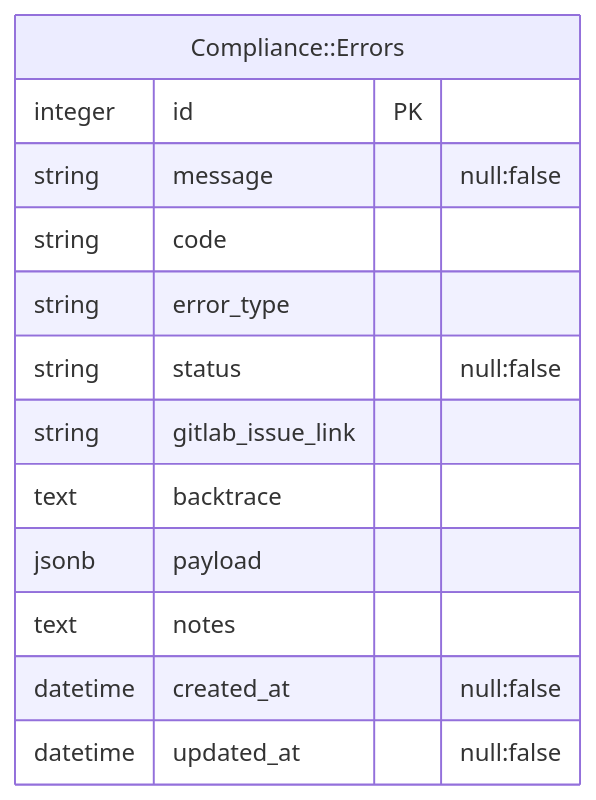
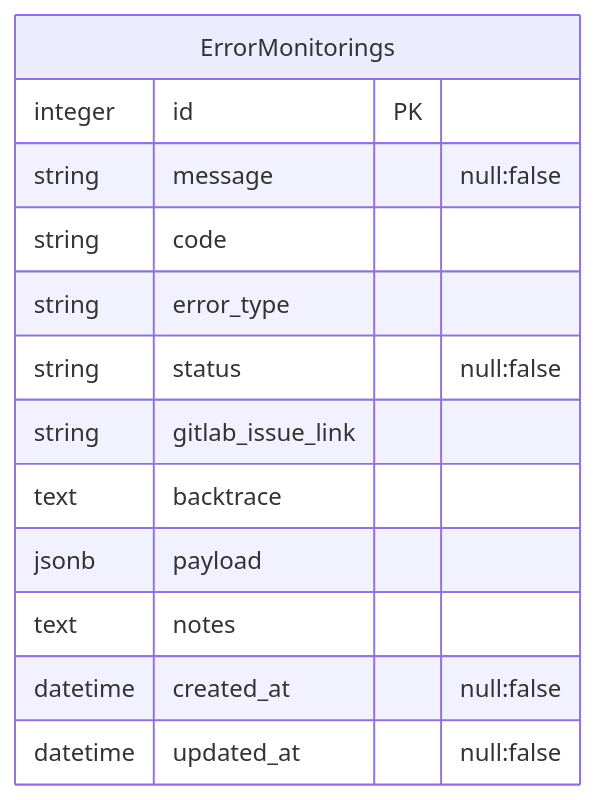
Before and after one commit to secretstartups/handbook: the first of 3 diagrams in content/handbook/engineering/architecture/design-documents/cdot_error_reporting/_index.md, drawn with Mermaid. The commit also changed other lines of this file, not shown here.

Commit message:
Rename table to error_monitorings

````diff
--- a/content/handbook/engineering/architecture/design-documents/cdot_error_reporting/_index.md
+++ b/content/handbook/engineering/architecture/design-documents/cdot_error_reporting/_index.md
@@ -61,17 +61,17 @@
 ```mermaid
 erDiagram
 
-  "Compliance::Errors" {
+  "ErrorMonitorings" {
     integer id PK
     string message "null:false"
     string code
     string error_type
     string status "null:false"
     string gitlab_issue_link
     text backtrace
     jsonb payload
     text notes
     datetime created_at "null:false"
     datetime updated_at "null:false"
   }
 ```
````
